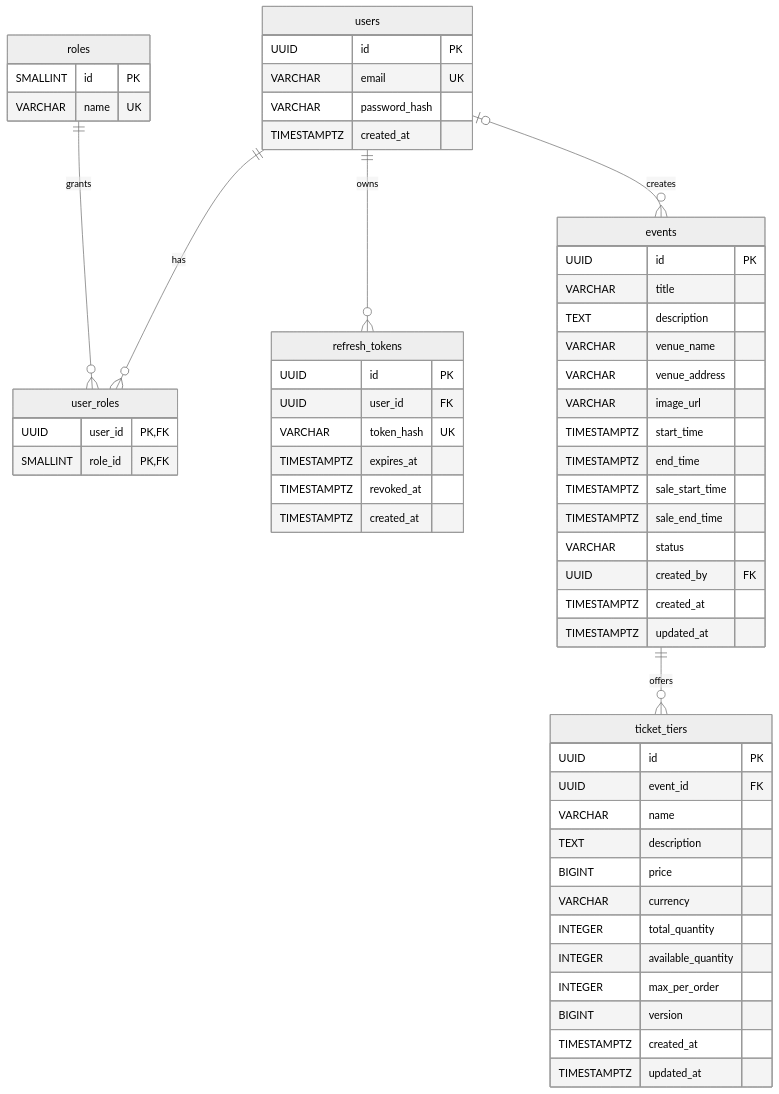
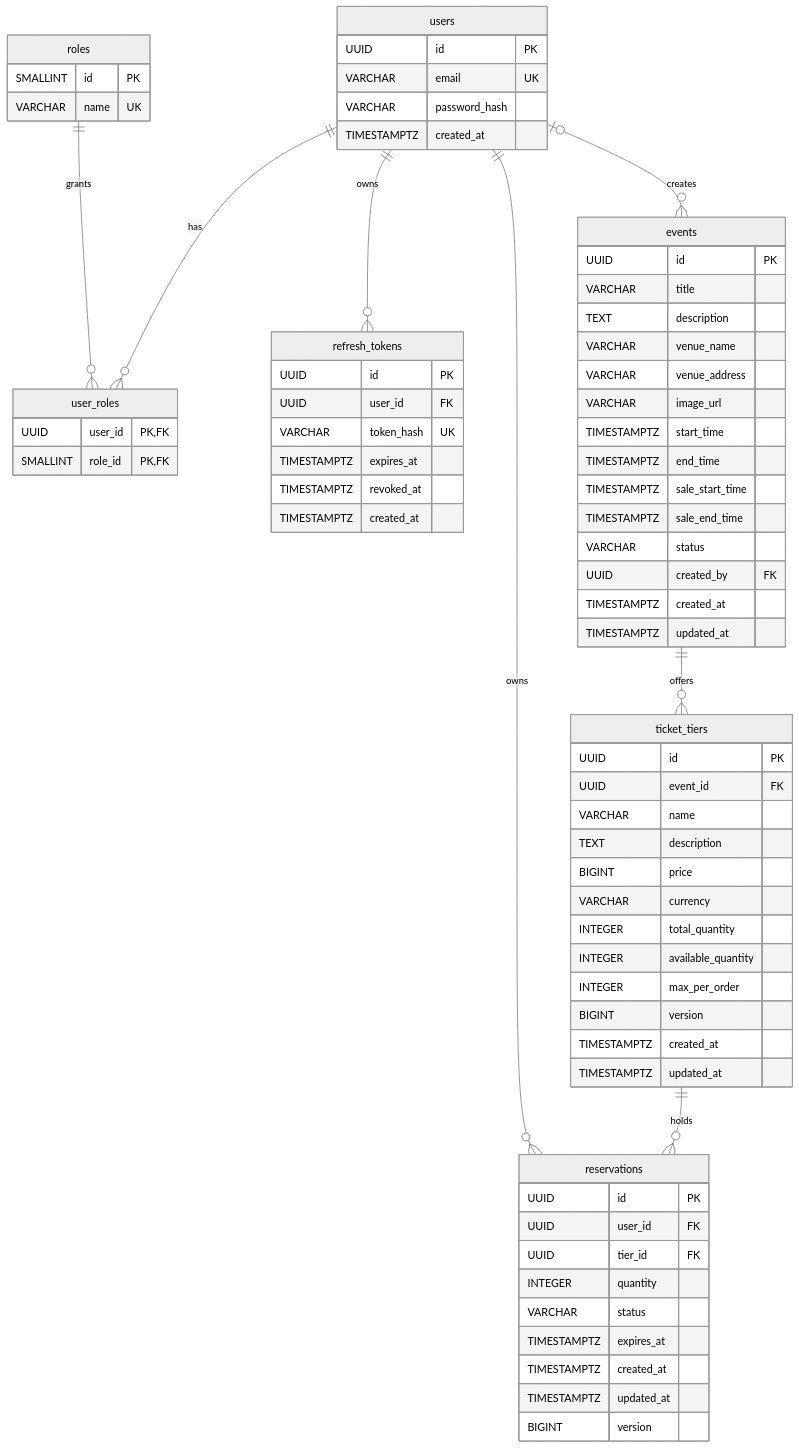
The first of 2 diagrams in docs/database.md (tm-Quan745/ticketrush-platform), drawn with Mermaid (neutral theme) before and after one commit. The commit also changed other lines of this file and 60 other files, not shown here.

````diff
--- a/docs/database.md
+++ b/docs/database.md
@@ -6,60 +6,73 @@
 ```mermaid
 erDiagram
     users ||--o{ user_roles : has
     roles ||--o{ user_roles : grants
     users ||--o{ refresh_tokens : owns
     events ||--o{ ticket_tiers : offers
+    users ||--o{ reservations : owns
+    ticket_tiers ||--o{ reservations : holds
+    reservations {
+        UUID id PK
+        UUID user_id FK
+        UUID tier_id FK
+        INTEGER quantity
+        VARCHAR status
+        TIMESTAMPTZ expires_at
+        TIMESTAMPTZ created_at
+        TIMESTAMPTZ updated_at
+        BIGINT version
+    }
     users |o--o{ events : creates
     users {
         UUID id PK
         VARCHAR email UK
         VARCHAR password_hash
         TIMESTAMPTZ created_at
     }
     roles {
         SMALLINT id PK
         VARCHAR name UK
     }
     user_roles {
         UUID user_id PK,FK
         SMALLINT role_id PK,FK
     }
     refresh_tokens {
         UUID id PK
         UUID user_id FK
         VARCHAR token_hash UK
         TIMESTAMPTZ expires_at
         TIMESTAMPTZ revoked_at
         TIMESTAMPTZ created_at
     }
     events {
         UUID id PK
         VARCHAR title
         TEXT description
         VARCHAR venue_name
         VARCHAR venue_address
         VARCHAR image_url
         TIMESTAMPTZ start_time
         TIMESTAMPTZ end_time
         TIMESTAMPTZ sale_start_time
         TIMESTAMPTZ sale_end_time
         VARCHAR status
         UUID created_by FK
         TIMESTAMPTZ created_at
         TIMESTAMPTZ updated_at
     }
     ticket_tiers {
         UUID id PK
         UUID event_id FK
         VARCHAR name
         TEXT description
         BIGINT price
         VARCHAR currency
         INTEGER total_quantity
         INTEGER available_quantity
         INTEGER max_per_order
         BIGINT version
         TIMESTAMPTZ created_at
         TIMESTAMPTZ updated_at
     }
 ```
````
